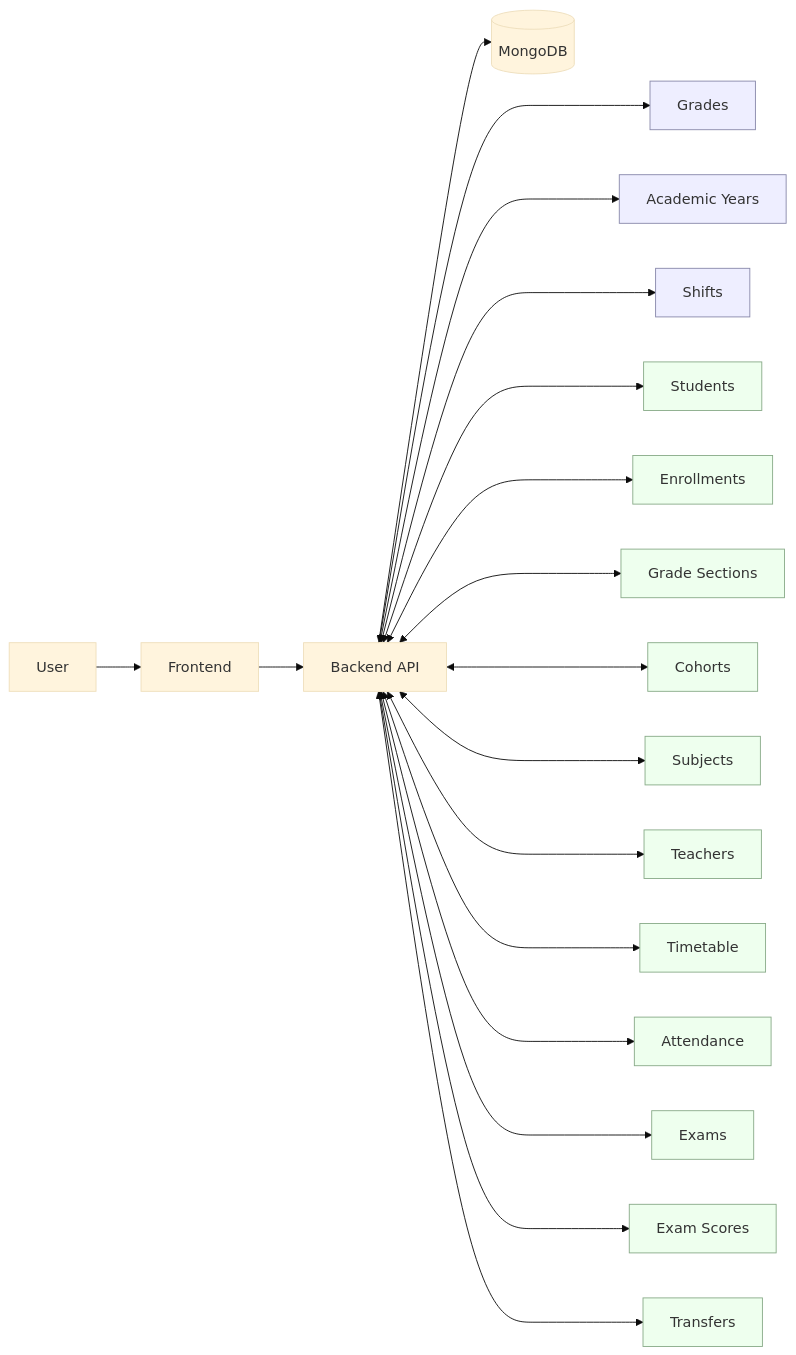
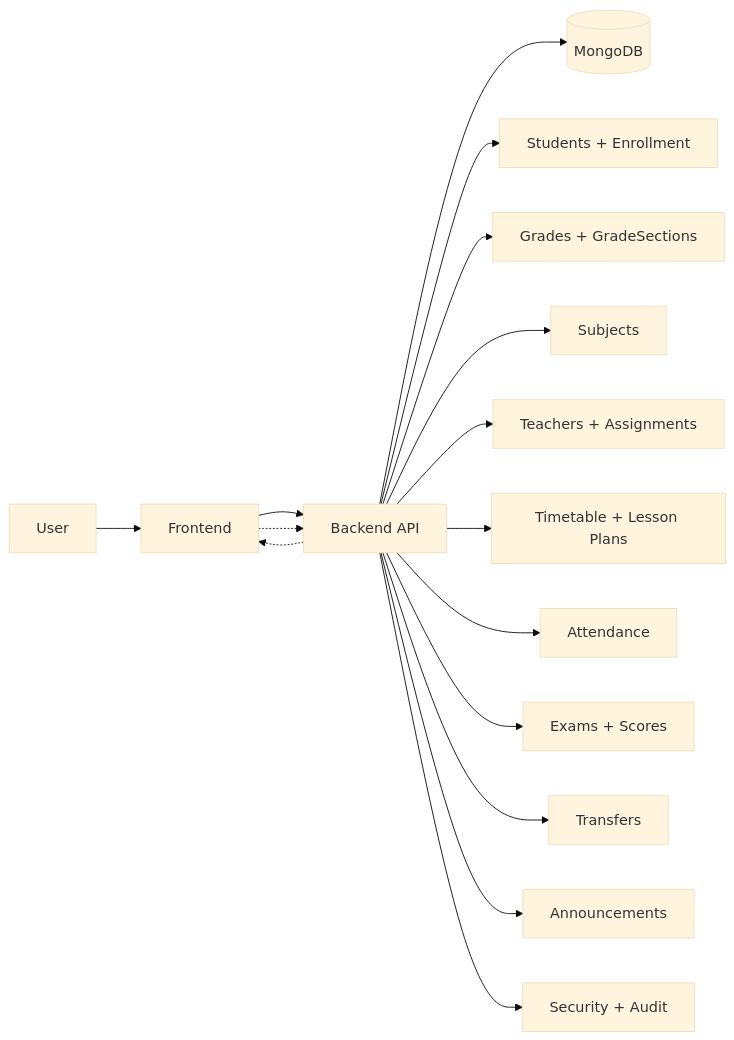
The first of 14 diagrams in docs/DIAGRAMS.md (khays62/nuuru-al-bayaan), drawn with Mermaid (base theme) before and after one commit. The commit also changed other lines of this file, not shown here.

Commit message:
docs: fix mermaid diagrams

````diff
--- a/docs/DIAGRAMS.md
+++ b/docs/DIAGRAMS.md
@@ -6,46 +9,36 @@
 ```mermaid
-flowchart LR
+graph LR
   U[User]
   FE[Frontend]
-  BE[Backend API]
+  API[Backend API]
   DB[(MongoDB)]
 
   U --> FE
-  FE --> BE
-  BE --> DB
+  FE --> API
+  API --> DB
 
-  %% Lookups
-  G[Grades]:::lk
-  AY[Academic Years]:::lk
-  SH[Shifts]:::lk
-  BE <---> G
-  BE <---> AY
-  BE <---> SH
+  FE -.-> API
+  API -.-> FE
 
-  %% Entities
-  ST[Students]:::en
-  EN[Enrollments]:::en
-  GS[Grade Sections]:::en
-  CO[Cohorts]:::en
-  SB[Subjects]:::en
-  TC[Teachers]:::en
-  TT[Timetable]:::en
-  AT[Attendance]:::en
-  EX[Exams]:::en
-  SC[Exam Scores]:::en
-  TR[Transfers]:::en
-  BE <---> ST
-  BE <---> EN
-  BE <---> GS
-  BE <---> CO
-  BE <---> SB
-  BE <---> TC
-  BE <---> TT
-  BE <---> AT
-  BE <---> EX
-  BE <---> SC
-  BE <---> TR
+  D1[Students + Enrollment]
+  D2[Grades + GradeSections]
+  D3[Subjects]
+  D4[Teachers + Assignments]
+  D5[Timetable + Lesson Plans]
+  D6[Attendance]
+  D7[Exams + Scores]
+  D8[Transfers]
+  D9[Announcements]
+  D10[Security + Audit]
 
-  classDef lk fill:#eef,stroke:#88a;
-  classDef en fill:#efe,stroke:#8a8;
+  API --> D1
+  API --> D2
+  API --> D3
+  API --> D4
+  API --> D5
+  API --> D6
+  API --> D7
+  API --> D8
+  API --> D9
+  API --> D10
 ```
````
